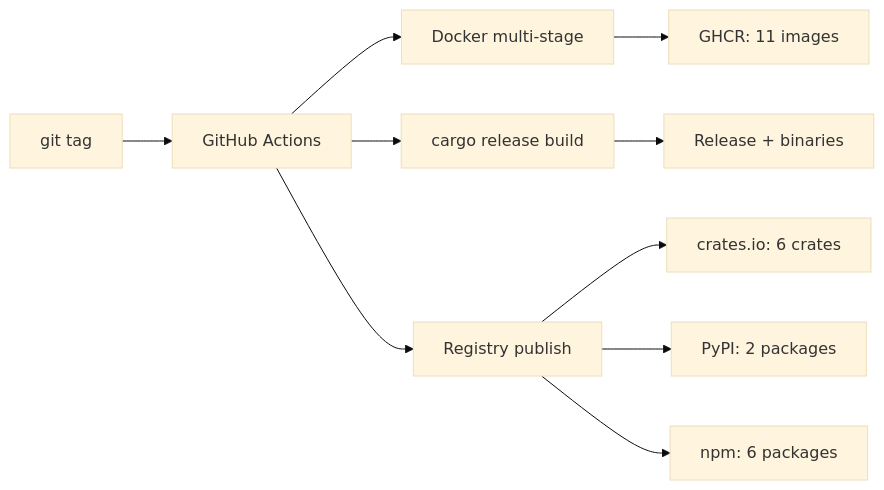
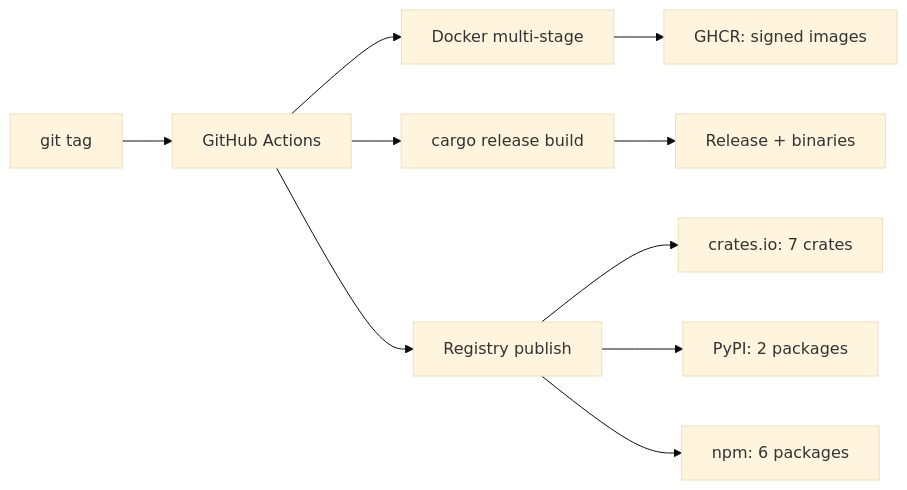
The diagram in README.md (BartoszOsiej/BartoszOsiej), drawn with Mermaid (base theme) before and after one commit. The commit also changed other lines of this file, not shown here.

````diff
--- a/README.md
+++ b/README.md
@@ -131,12 +131,12 @@
 ```mermaid
 flowchart LR
     T["git tag"] --> CI["GitHub Actions"]
     CI --> D["Docker multi-stage"]
-    D --> G["GHCR: 11 images"]
+    D --> G["GHCR: signed images"]
     CI --> B["cargo release build"]
     B --> R["Release + binaries"]
     CI --> P["Registry publish"]
-    P --> C["crates.io: 6 crates"]
+    P --> C["crates.io: 7 crates"]
     P --> Y["PyPI: 2 packages"]
     P --> N["npm: 6 packages"]
 ```
````
